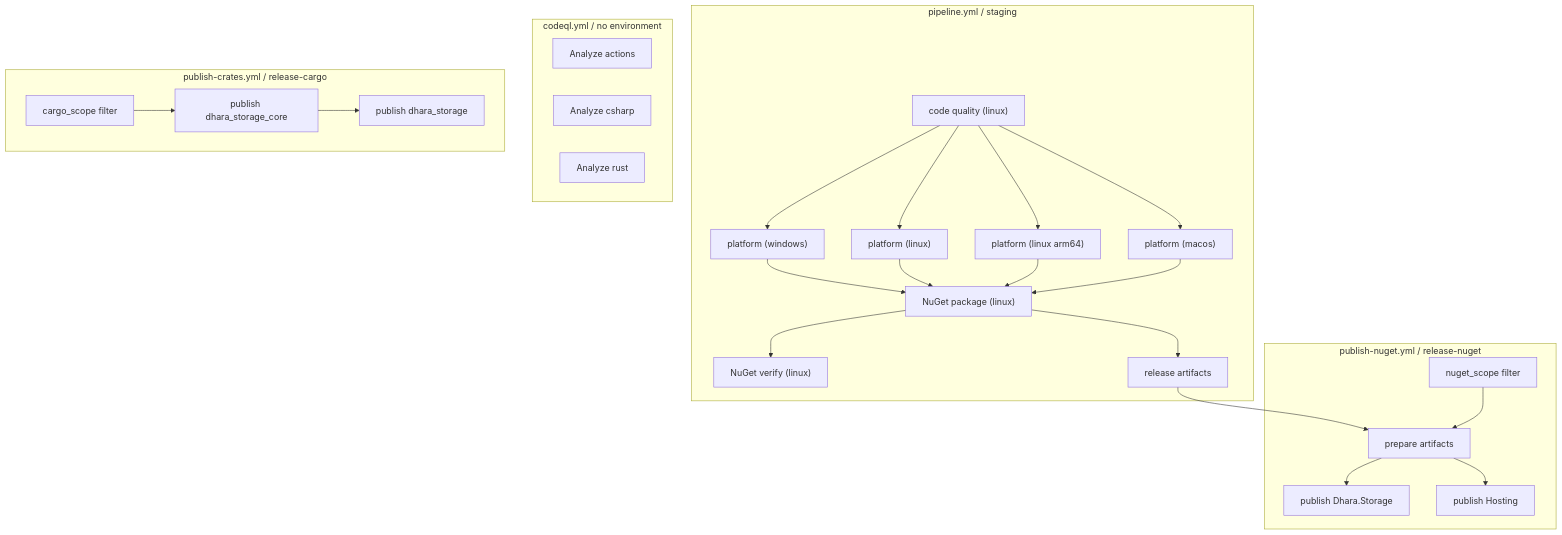
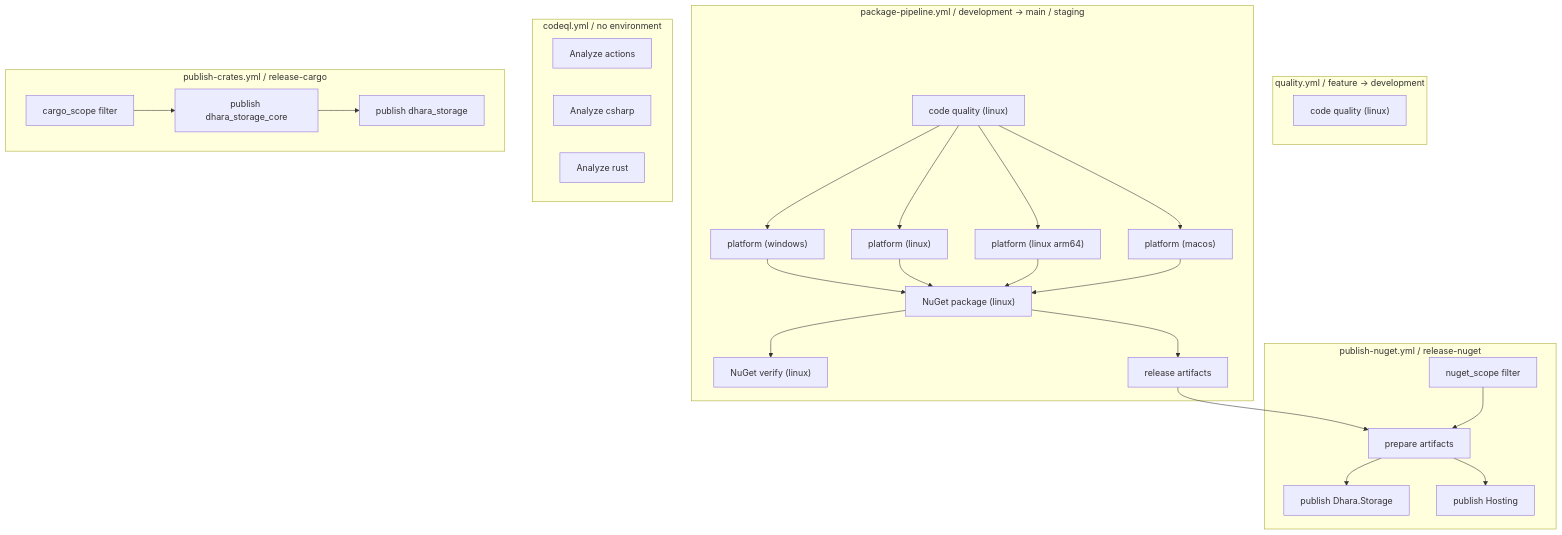
The diagram in docs/ci-cd-pipelines.md (D-Naveenz/dhara_storage), drawn with Mermaid before and after one commit. The commit also changed other lines of this file and 10 other files, not shown here.

First line of the commit message:
👷 Split quality checks from package pipeline

````diff
--- a/docs/ci-cd-pipelines.md
+++ b/docs/ci-cd-pipelines.md
@@ -52,40 +56,44 @@
 ```mermaid
 flowchart TB
-  subgraph pr ["pipeline.yml / staging"]
+  subgraph qualityFlow ["quality.yml / feature → development"]
+    QLite["code quality (linux)"]
+  end
+
+  subgraph pack ["package-pipeline.yml / development → main / staging"]
     Q["code quality (linux)"]
     PW["platform (windows)"]
     PL["platform (linux)"]
     PLA["platform (linux arm64)"]
     PM["platform (macos)"]
     PACK["NuGet package (linux)"]
     VER["NuGet verify (linux)"]
     Q --> PW & PL & PLA & PM
     PW & PL & PLA & PM --> PACK
     PACK --> VER
     PACK --> ART[release artifacts]
   end
 
   subgraph sast ["codeql.yml / no environment"]
     CA["Analyze actions"]
     CC["Analyze csharp"]
     CRU["Analyze rust"]
   end
 
   subgraph cd_cargo ["publish-crates.yml / release-cargo"]
     FC[cargo_scope filter]
     CCORE["publish dhara_storage_core"]
     CRUN["publish dhara_storage"]
     FC --> CCORE --> CRUN
   end
 
   subgraph cd_nuget ["publish-nuget.yml / release-nuget"]
     FN[nuget_scope filter]
     PREP[prepare artifacts]
     NS["publish Dhara.Storage"]
     NH["publish Hosting"]
     ART --> PREP
     FN --> PREP
     PREP --> NS
     PREP --> NH
   end
 ```
````
